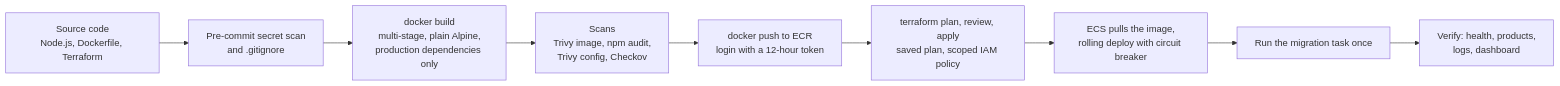
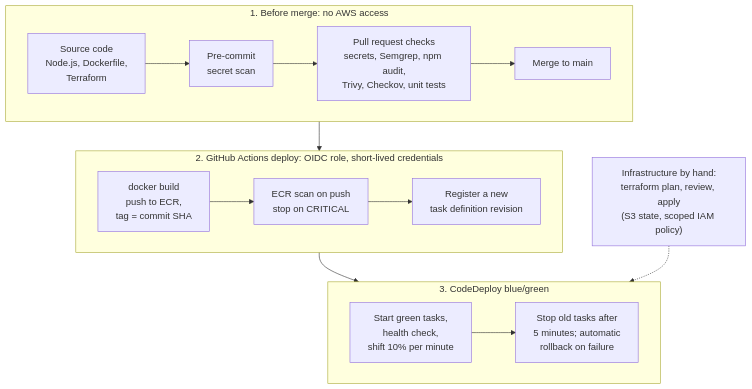
The third of 6 diagrams in docs/Architecture.md (bdahiya2007/secure-containerized-microservices-app-aws), drawn with Mermaid before and after one commit. The commit also changed other lines of this file and 6 other files, not shown here.

````diff
--- a/docs/Architecture.md
+++ b/docs/Architecture.md
@@ -115,11 +115,20 @@
 ```mermaid
-flowchart LR
-  code["Source code<br/>Node.js, Dockerfile, Terraform"] --> hook["Pre-commit secret scan<br/>and .gitignore"]
-  hook --> build["docker build<br/>multi-stage, plain Alpine,<br/>production dependencies only"]
-  build --> scan["Scans<br/>Trivy image, npm audit,<br/>Trivy config, Checkov"]
-  scan --> push["docker push to ECR<br/>login with a 12-hour token"]
-  push --> tf["terraform plan, review, apply<br/>saved plan, scoped IAM policy"]
-  tf --> run["ECS pulls the image,<br/>rolling deploy with circuit breaker"]
-  run --> mig["Run the migration task once"]
-  mig --> verify["Verify: health, products,<br/>logs, dashboard"]
+flowchart TB
+  subgraph A["1. Before merge: no AWS access"]
+    direction LR
+    code["Source code<br/>Node.js, Dockerfile,<br/>Terraform"] --> hook["Pre-commit<br/>secret scan"]
+    hook --> pr["Pull request checks<br/>secrets, Semgrep, npm audit,<br/>Trivy, Checkov, unit tests"]
+    pr --> merge["Merge to main"]
+  end
+  subgraph B["2. GitHub Actions deploy: OIDC role, short-lived credentials"]
+    direction LR
+    build["docker build<br/>push to ECR,<br/>tag = commit SHA"] --> ecrscan["ECR scan on push<br/>stop on CRITICAL"]
+    ecrscan --> td["Register a new<br/>task definition revision"]
+  end
+  subgraph C["3. CodeDeploy blue/green"]
+    direction LR
+    cd["Start green tasks,<br/>health check,<br/>shift 10% per minute"] --> done["Stop old tasks after<br/>5 minutes; automatic<br/>rollback on failure"]
+  end
+  A --> B --> C
+  tf["Infrastructure by hand:<br/>terraform plan, review, apply<br/>(S3 state, scoped IAM policy)"] -.-> C
 ```
````
